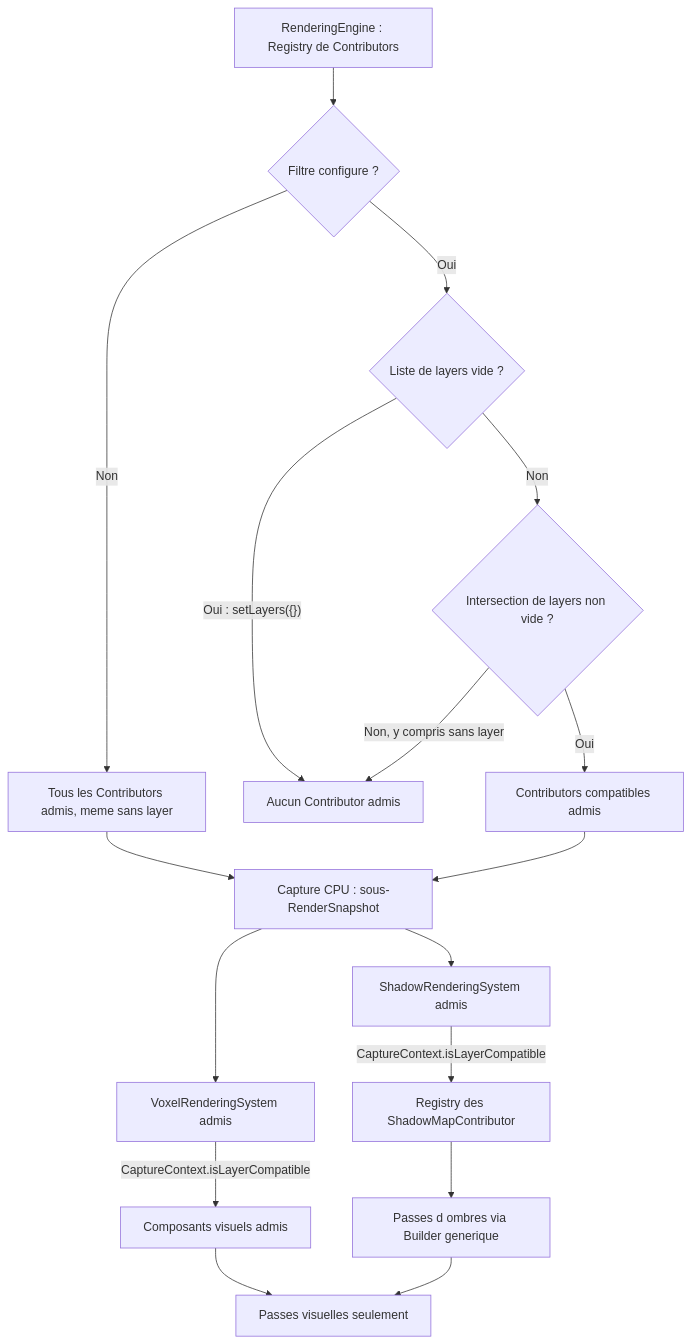
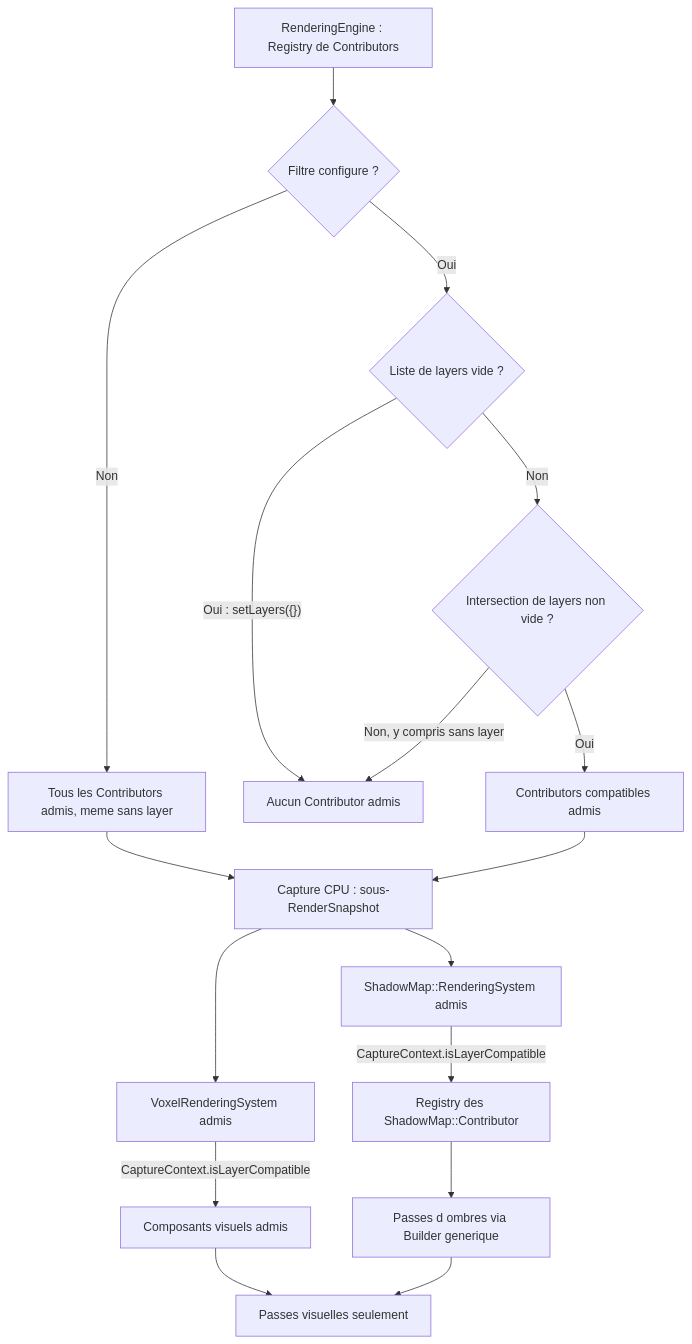
Diagram 11 of 14 in docs/voxel-engine-v0.1.4-specification.md (EreliaStudio/Sparkle), drawn with Mermaid before and after one commit. The commit also changed other lines of this file, not shown here.

Commit message:
docs(v0.1.4): organize autonomous shadow passes as ShadowMap with nested Contributor and RenderingSystem

````diff
--- a/docs/voxel-engine-v0.1.4-specification.md
+++ b/docs/voxel-engine-v0.1.4-specification.md
@@ -980,19 +997,19 @@
 ```mermaid
 flowchart TD
   R["RenderingEngine : Registry de Contributors"] --> F{"Filtre configure ?"}
   F -->|"Non"| A["Tous les Contributors admis, meme sans layer"]
   F -->|"Oui"| V{"Liste de layers vide ?"}
   V -->|"Oui : setLayers({})"| X["Aucun Contributor admis"]
   V -->|"Non"| I{"Intersection de layers non vide ?"}
   I -->|"Oui"| A2["Contributors compatibles admis"]
   I -->|"Non, y compris sans layer"| X
   A --> B["Capture CPU : sous-RenderSnapshot"]
   A2 --> B
   B --> VS["VoxelRenderingSystem admis"]
   VS -->|"CaptureContext.isLayerCompatible"| VC["Composants visuels admis"]
   VC --> P["Passes visuelles seulement"]
-  B --> SR["ShadowRenderingSystem admis"]
-  SR -->|"CaptureContext.isLayerCompatible"| REG["Registry des ShadowMapContributor"]
+  B --> SR["ShadowMap::RenderingSystem admis"]
+  SR -->|"CaptureContext.isLayerCompatible"| REG["Registry des ShadowMap::Contributor"]
   REG --> CAST["Passes d ombres via Builder generique"]
   CAST --> P
 ```
````
